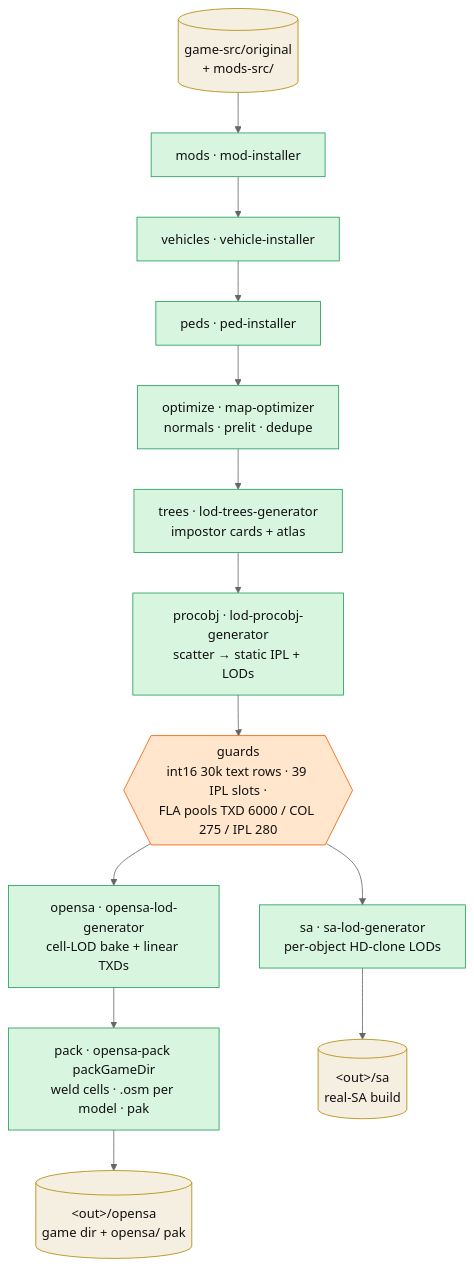
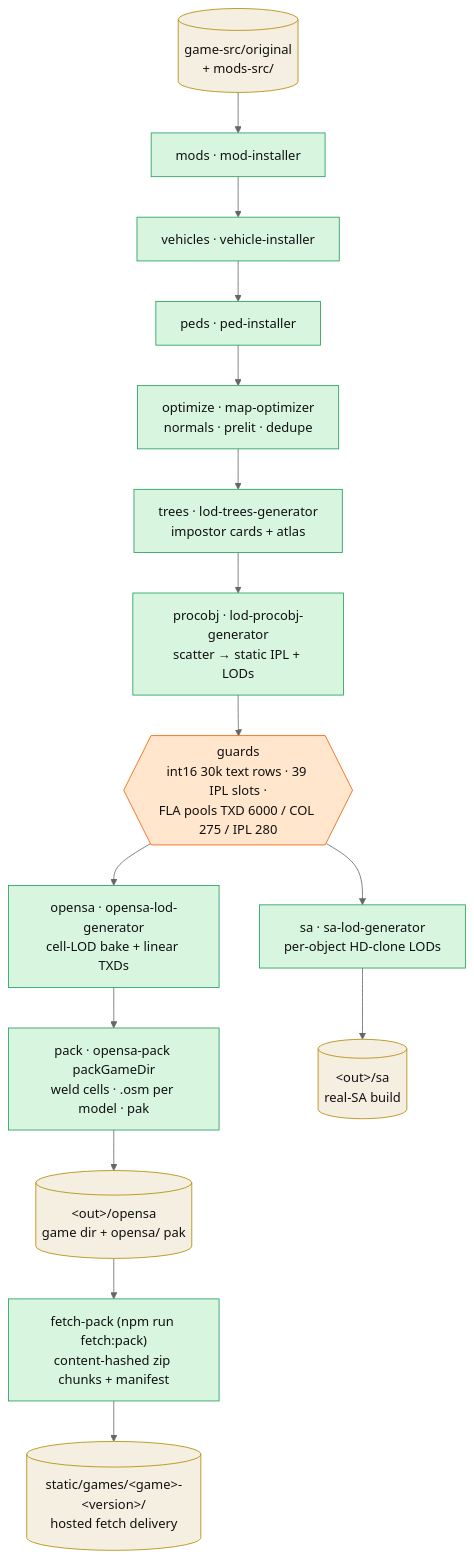
The diagram in docs/architecture/perfect-map-builder.md (sexorcist00/opensa), drawn with Mermaid (neutral theme) before and after one commit. The commit also changed other lines of this file and 22 other files, not shown here.

First line of the commit message:
docs(086): the day's docs+tests audit — stale build-game refs die, fetch-pack enters the arch doc

````diff
--- a/docs/architecture/perfect-map-builder.md
+++ b/docs/architecture/perfect-map-builder.md
@@ -20,25 +20,28 @@
 ```mermaid
 %%| pmb-pipeline
 flowchart TB
   src[("game-src/original<br/>+ mods-src/")]:::data
   mods["mods · mod-installer"]:::stage
   veh["vehicles · vehicle-installer"]:::stage
   peds["peds · ped-installer"]:::stage
   opt["optimize · map-optimizer<br/>normals · prelit · dedupe"]:::stage
   trees["trees · lod-trees-generator<br/>impostor cards + atlas"]:::stage
   proc["procobj · lod-procobj-generator<br/>scatter → static IPL + LODs"]:::stage
   guard{{"guards<br/>int16 30k text rows · 39 IPL slots ·<br/>FLA pools TXD 6000 / COL 275 / IPL 280"}}:::guard
   sa["sa · sa-lod-generator<br/>per-object HD-clone LODs"]:::stage
   oslod["opensa · opensa-lod-generator<br/>cell-LOD bake + linear TXDs"]:::stage
   pack["pack · opensa-pack packGameDir<br/>weld cells · .osm per model · pak"]:::stage
   outsa[("&lt;out&gt;/sa<br/>real-SA build")]:::data
   outos[("&lt;out&gt;/opensa<br/>game dir + opensa/ pak")]:::data
+  fetch["fetch-pack (npm run fetch:pack)<br/>content-hashed zip chunks + manifest"]:::stage
+  hosted[("static/games/&lt;game&gt;-&lt;version&gt;/<br/>hosted fetch delivery")]:::data
 
   src --> mods --> veh --> peds --> opt --> trees --> proc --> guard
   guard --> sa --> outsa
   guard --> oslod --> pack --> outos
+  outos --> fetch --> hosted
 
   classDef stage fill:#d8f5e0,stroke:#1f9d55,color:#111
   classDef guard fill:#ffe6cc,stroke:#f55c07,color:#111
   classDef data fill:#f5efe1,stroke:#b08900,color:#111
 ```
````
